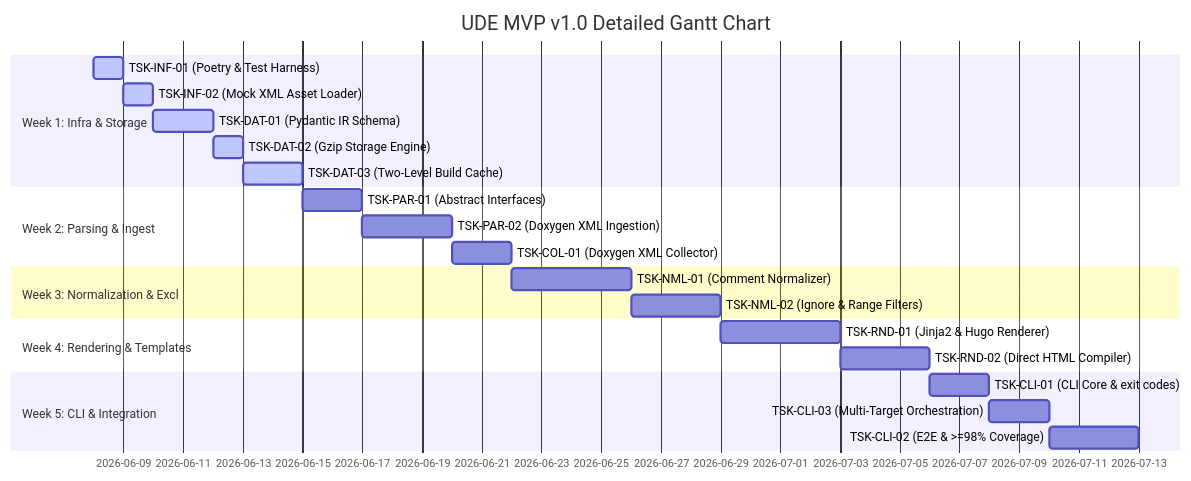
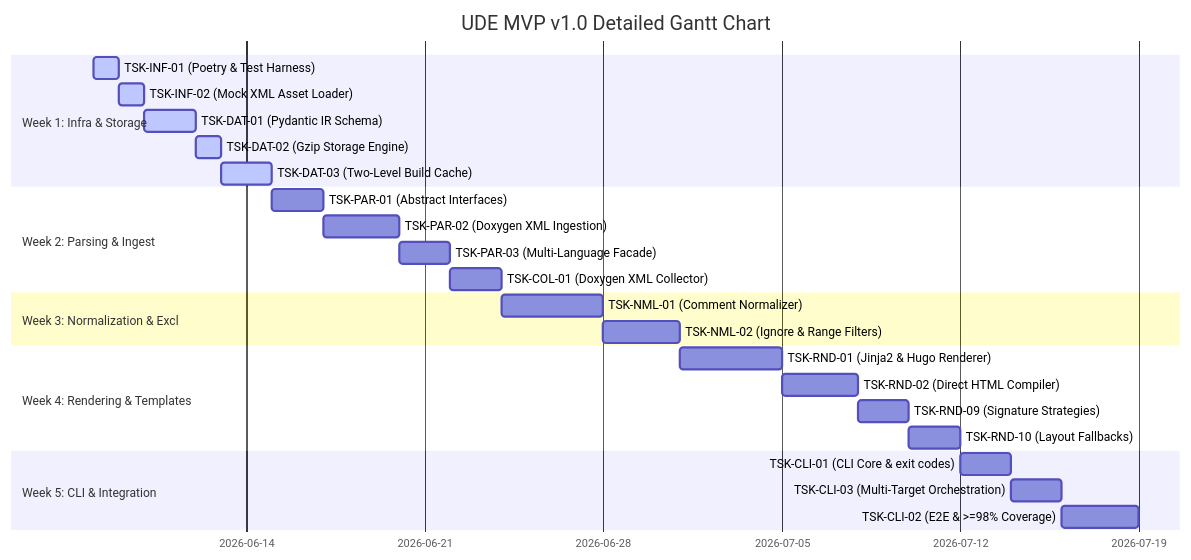
Before and after one commit to Sir-Derryk/ude-design-docs: the diagram in docs/roadmap/mvp_v1/schedule.md, drawn with Mermaid. The commit also changed other lines of this file and 3 other files, not shown here.

Commit message:
docs(roadmap): integrate parser facade, signature strategy, and layout fallback task specs

````diff
--- a/docs/roadmap/mvp_v1/schedule.md
+++ b/docs/roadmap/mvp_v1/schedule.md
@@ -15,25 +15,28 @@
 ```mermaid
 gantt
     title UDE MVP v1.0 Detailed Gantt Chart
     dateFormat  YYYY-MM-DD
     section Week 1: Infra & Storage
     TSK-INF-01 (Poetry & Test Harness)   :active, t1, 2026-06-08, 1d
     TSK-INF-02 (Mock XML Asset Loader)   :active, t2, after t1, 1d
     TSK-DAT-01 (Pydantic IR Schema)       :active, t3, after t2, 2d
     TSK-DAT-02 (Gzip Storage Engine)       :active, t4, after t3, 1d
     TSK-DAT-03 (Two-Level Build Cache)     :active, t5, after t4, 2d
     section Week 2: Parsing & Ingest
     TSK-PAR-01 (Abstract Interfaces)       :t6, after t5, 2d
     TSK-PAR-02 (Doxygen XML Ingestion)     :t7, after t6, 3d
-    TSK-COL-01 (Doxygen XML Collector)     :t8, after t7, 2d
+    TSK-PAR-03 (Multi-Language Facade)     :t7_1, after t7, 2d
+    TSK-COL-01 (Doxygen XML Collector)     :t8, after t7_1, 2d
     section Week 3: Normalization & Excl
     TSK-NML-01 (Comment Normalizer)        :t9, after t8, 4d
     TSK-NML-02 (Ignore & Range Filters)    :t10, after t9, 3d
     section Week 4: Rendering & Templates
     TSK-RND-01 (Jinja2 & Hugo Renderer)    :t11, after t10, 4d
     TSK-RND-02 (Direct HTML Compiler)      :t12, after t11, 3d
+    TSK-RND-09 (Signature Strategies)       :t12_1, after t12, 2d
+    TSK-RND-10 (Layout Fallbacks)          :t12_2, after t12_1, 2d
     section Week 5: CLI & Integration
-    TSK-CLI-01 (CLI Core & exit codes)     :t13, after t12, 2d
+    TSK-CLI-01 (CLI Core & exit codes)     :t13, after t12_2, 2d
     TSK-CLI-03 (Multi-Target Orchestration):t14, after t13, 2d
     TSK-CLI-02 (E2E & >=98% Coverage)      :t15, after t14, 3d
 ```
````
